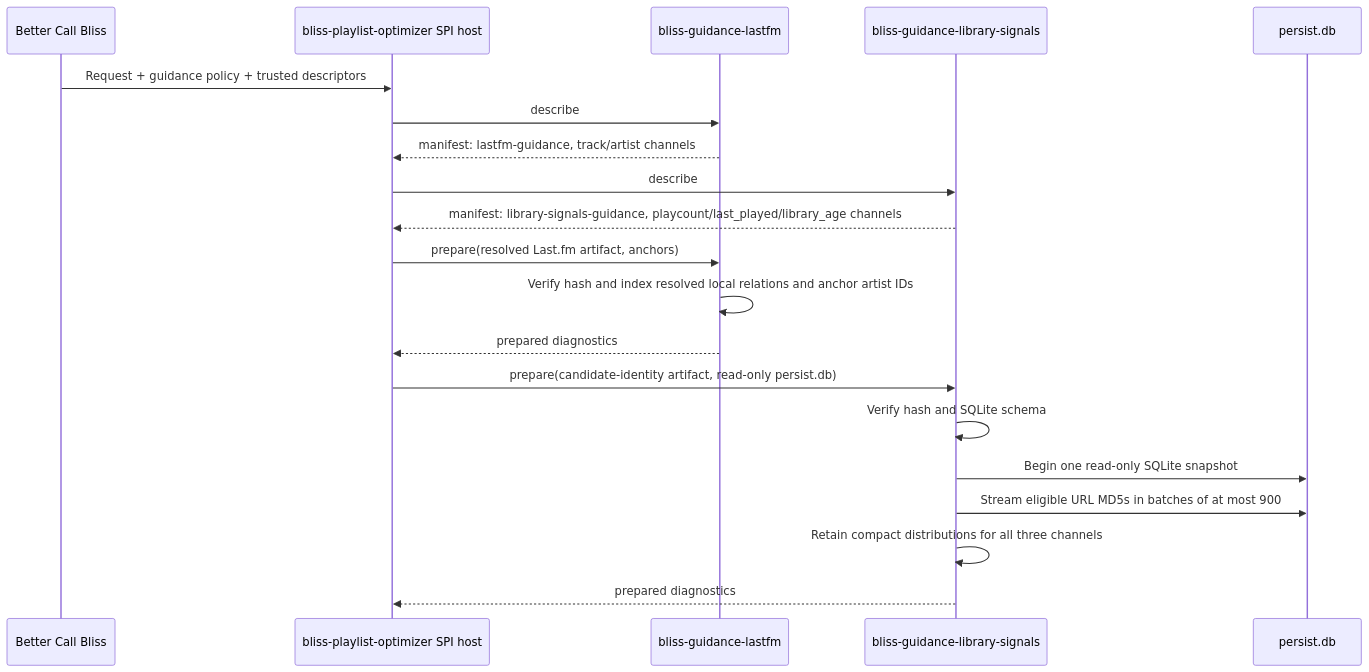
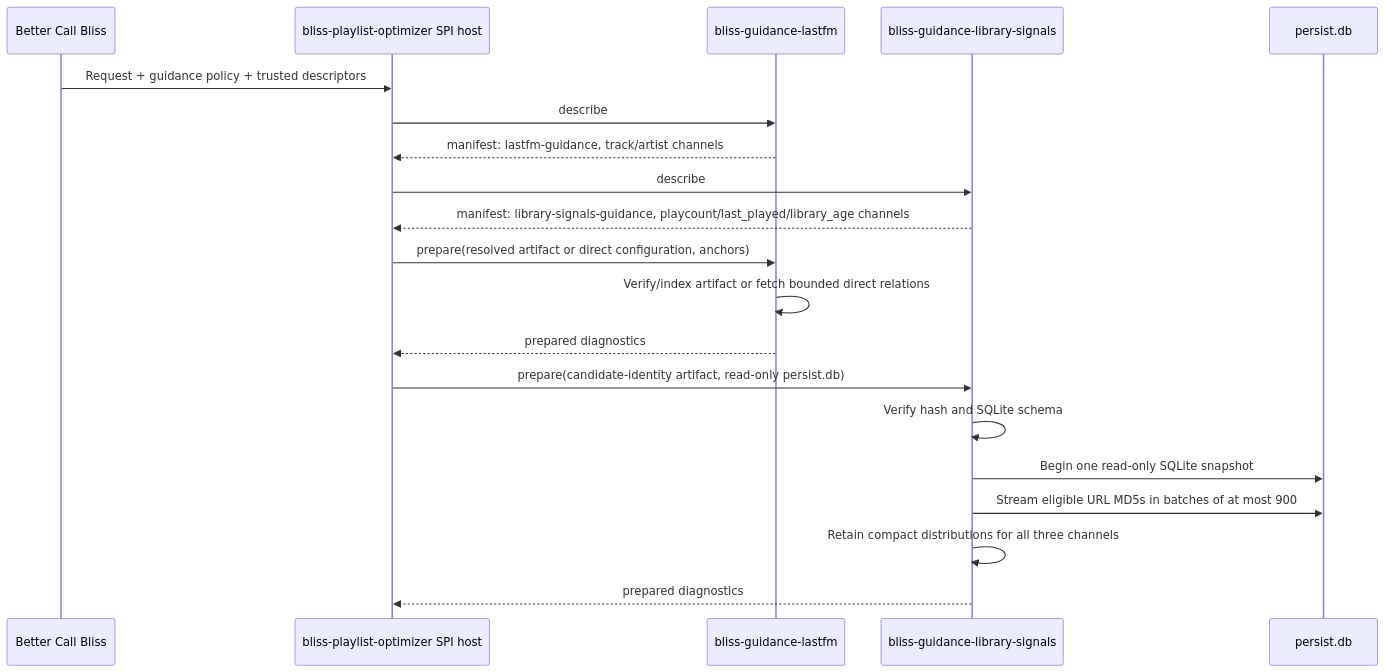
Before and after one commit to chrober/lms-better-call-bliss: the third of 6 diagrams in docs/GUIDANCE_DATA_FLOW.md, drawn with Mermaid. The commit also changed other lines of this file and 7 other files, not shown here.

````diff
--- a/docs/GUIDANCE_DATA_FLOW.md
+++ b/docs/GUIDANCE_DATA_FLOW.md
@@ -146,25 +157,25 @@
 ```mermaid
 sequenceDiagram
     participant B as Better Call Bliss
     participant O as bliss-playlist-optimizer SPI host
     participant LF as bliss-guidance-lastfm
     participant LS as bliss-guidance-library-signals
     participant DB as persist.db
 
     B->>O: Request + guidance policy + trusted descriptors
     O->>LF: describe
     LF-->>O: manifest: lastfm-guidance, track/artist channels
     O->>LS: describe
     LS-->>O: manifest: library-signals-guidance, playcount/last_played/library_age channels
 
-    O->>LF: prepare(resolved Last.fm artifact, anchors)
-    LF->>LF: Verify hash and index resolved local relations and anchor artist IDs
+    O->>LF: prepare(resolved artifact or direct configuration, anchors)
+    LF->>LF: Verify/index artifact or fetch bounded direct relations
     LF-->>O: prepared diagnostics
 
     O->>LS: prepare(candidate-identity artifact, read-only persist.db)
     LS->>LS: Verify hash and SQLite schema
     LS->>DB: Begin one read-only SQLite snapshot
     LS->>DB: Stream eligible URL MD5s in batches of at most 900
     LS->>LS: Retain compact distributions for all three channels
     LS-->>O: prepared diagnostics
 ```
````
